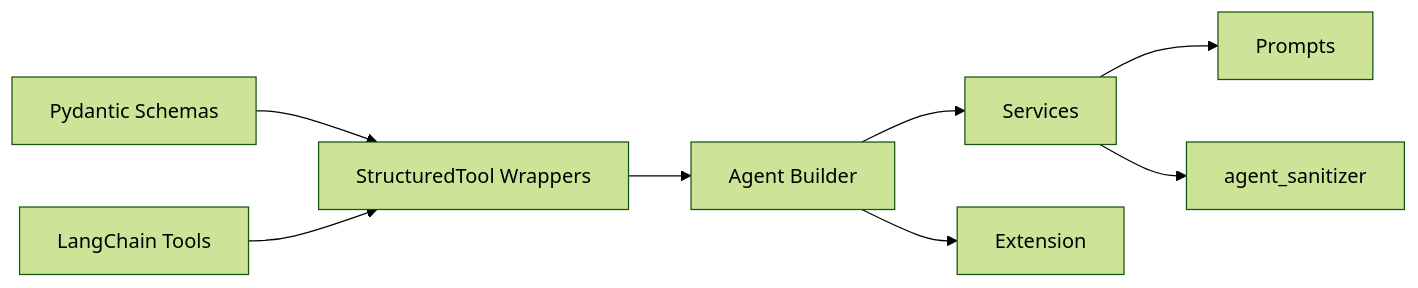
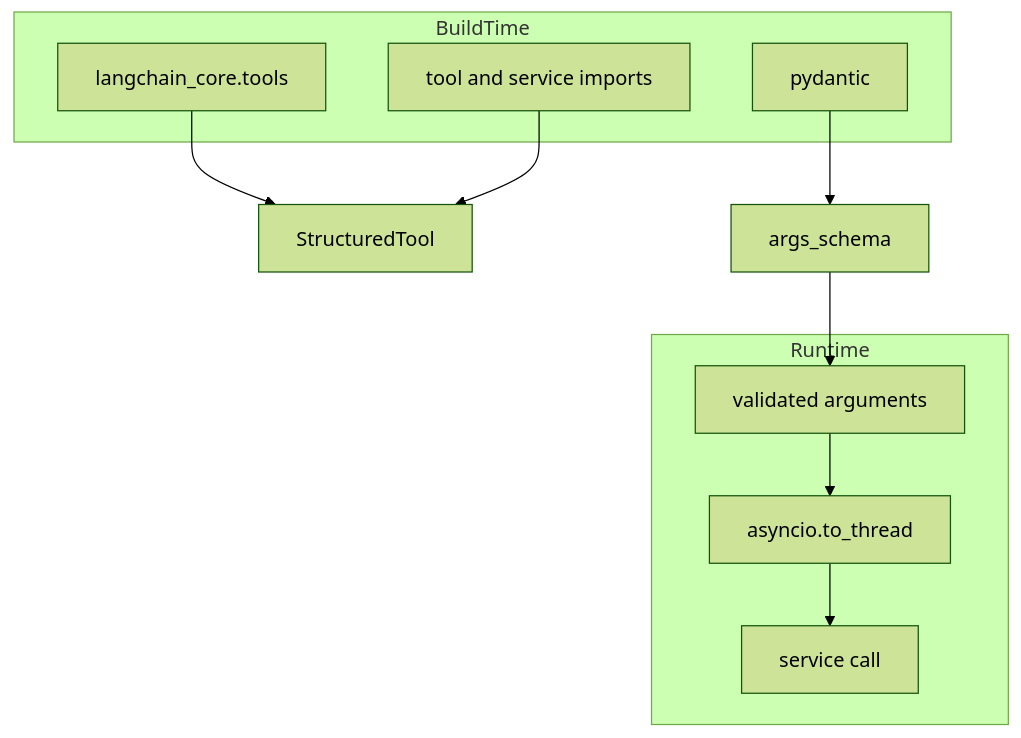
One commit to tashifkhan/tashif.codes changed the fifth of 5 diagrams in src/data/docs/agentic-browser/Tool System/Custom Tool Development Guide.md. Above: the diagram before and after it, drawn with Mermaid (forest theme). The commit also changed other lines of this file and 114 other files, not shown here.

````diff
--- a/src/data/docs/agentic-browser/Tool System/Custom Tool Development Guide.md
+++ b/src/data/docs/agentic-browser/Tool System/Custom Tool Development Guide.md
@@ -169,10 +164,19 @@
 ```mermaid
-graph LR
-Pydantic["Pydantic Schemas"] --> Tools["StructuredTool Wrappers"]
-LangChain["LangChain Tools"] --> Tools
-Tools --> Agent["Agent Builder"]
-Agent --> Services["Services"]
-Services --> Prompts["Prompts"]
-Services --> Sanitizer["agent_sanitizer"]
-Agent --> Extension["Extension"]
+graph TB
+  subgraph BuildTime
+    Lang["langchain_core.tools"]
+    Pyd["pydantic"]
+    Imports["tool and service imports"]
+  end
+  subgraph Runtime
+    Args["validated arguments"]
+    Thread["asyncio.to_thread"]
+    Service["service call"]
+  end
+  Lang --> Tool["StructuredTool"]
+  Pyd --> Schema["args_schema"]
+  Imports --> Tool
+  Schema --> Args
+  Args --> Thread
+  Thread --> Service
 ```
````
